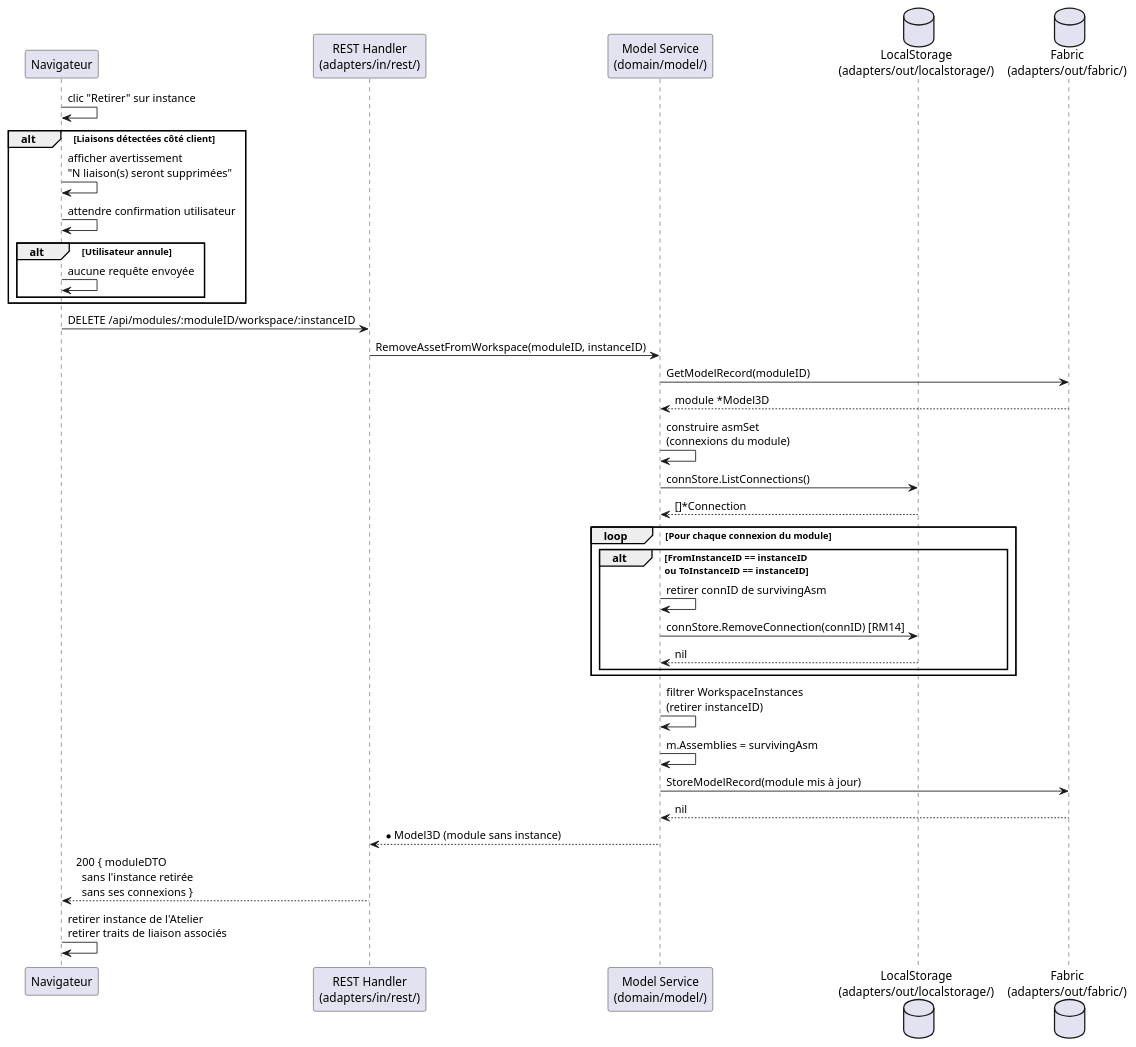
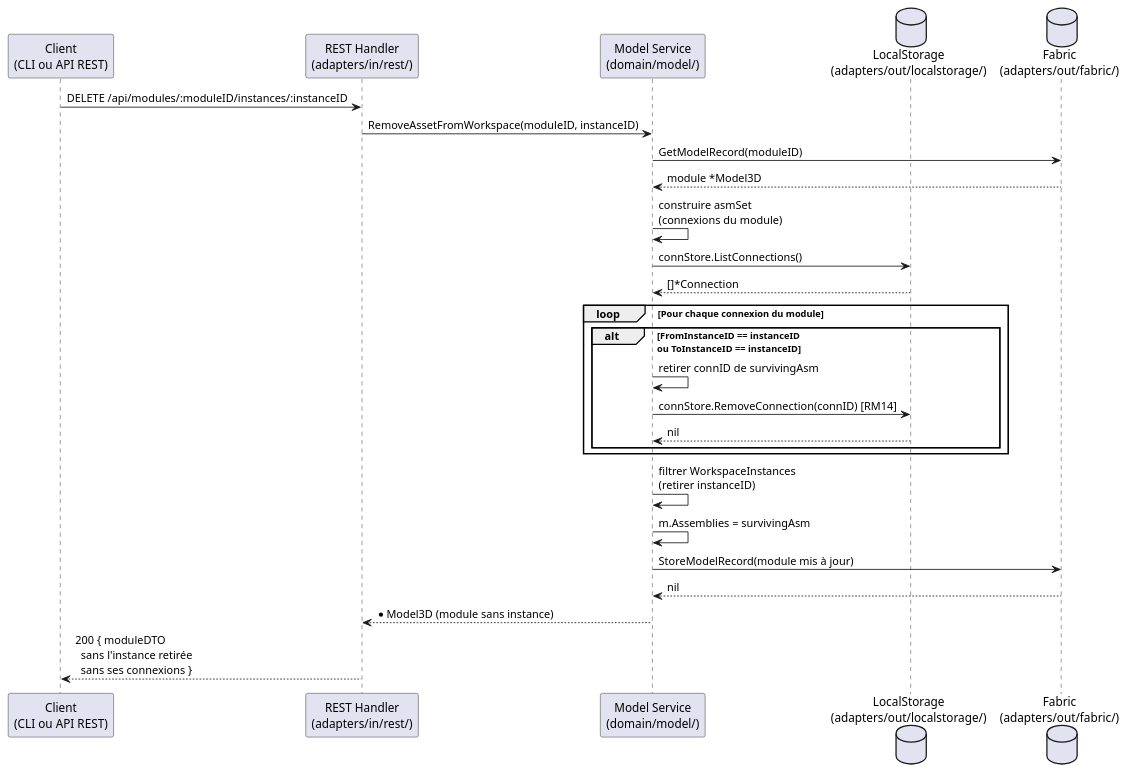
Before and after one commit to olivaux/myr: the second of 2 diagrams in specs/2-Analyse/UCAM-Atelier_Module/UCAM08.md, drawn with PlantUML. The commit also changed other lines of this file and 72 other files, not shown here.

````diff
--- a/specs/2-Analyse/UCAM-Atelier_Module/UCAM08.md
+++ b/specs/2-Analyse/UCAM-Atelier_Module/UCAM08.md
@@ -115,52 +97,39 @@
 ```plantuml
 @startuml
-participant "Navigateur" as Browser
+participant "Client\n(CLI ou API REST)" as Client
 participant "REST Handler\n(adapters/in/rest/)" as REST
 participant "Model Service\n(domain/model/)" as Service
 database "LocalStorage\n(adapters/out/localstorage/)" as Local
 database "Fabric\n(adapters/out/fabric/)" as Fabric
 
-Browser -> Browser : clic "Retirer" sur instance
-
-alt Liaisons détectées côté client
-    Browser -> Browser : afficher avertissement\n"N liaison(s) seront supprimées"
-    Browser -> Browser : attendre confirmation utilisateur
-
-    alt Utilisateur annule
-        Browser -> Browser : aucune requête envoyée
-    end
-end
-
-Browser -> REST : DELETE /api/modules/:moduleID/workspace/:instanceID
+Client -> REST : DELETE /api/modules/:moduleID/instances/:instanceID
 
 REST -> Service : RemoveAssetFromWorkspace(moduleID, instanceID)
 
 Service -> Fabric : GetModelRecord(moduleID)
 Fabric --> Service : module *Model3D
 
 Service -> Service : construire asmSet\n(connexions du module)
 
 Service -> Local : connStore.ListConnections()
 Local --> Service : []*Connection
 
 loop Pour chaque connexion du module
     alt FromInstanceID == instanceID\nou ToInstanceID == instanceID
         Service -> Service : retirer connID de survivingAsm
         Service -> Local : connStore.RemoveConnection(connID) [RM14]
         Local --> Service : nil
     end
 end
 
 Service -> Service : filtrer WorkspaceInstances\n(retirer instanceID)
 Service -> Service : m.Assemblies = survivingAsm
 
 Service -> Fabric : StoreModelRecord(module mis à jour)
 Fabric --> Service : nil
 
 Service --> REST : *Model3D (module sans instance)
-REST --> Browser : 200 { moduleDTO\n  sans l'instance retirée\n  sans ses connexions }
-
-Browser -> Browser : retirer instance de l'Atelier\nretirer traits de liaison associés
+REST --> Client : 200 { moduleDTO\n  sans l'instance retirée\n  sans ses connexions }
 
 @enduml
 ```
````
